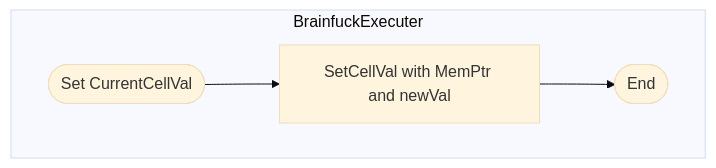
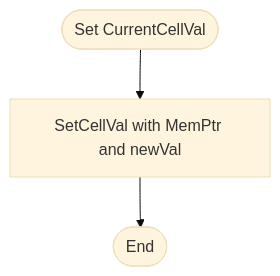
The tenth of 28 diagrams in src/Classes_Info/BrainfuckExecuter.md (BCS21090011/BrainFucker), drawn with Mermaid (base theme) before and after one commit. The commit also changed other lines of this file, not shown here.

Commit message:
Adjust mermaid flowcharts

````diff
--- a/src/Classes_Info/BrainfuckExecuter.md
+++ b/src/Classes_Info/BrainfuckExecuter.md
@@ -514,15 +508,13 @@
     ```mermaid
     flowchart TD
 
-    subgraph BrainfuckExecuter
-        Start([Set CurrentCellVal])
-        SetCellVal[SetCellVal with MemPtr and newVal]
-        End([End])
-    end
+    Start([Set CurrentCellVal])
+    SetCellVal[SetCellVal with MemPtr and newVal]
+    End([End])
 
     Start
     -->
     SetCellVal
     -->
     End
     ```
````
